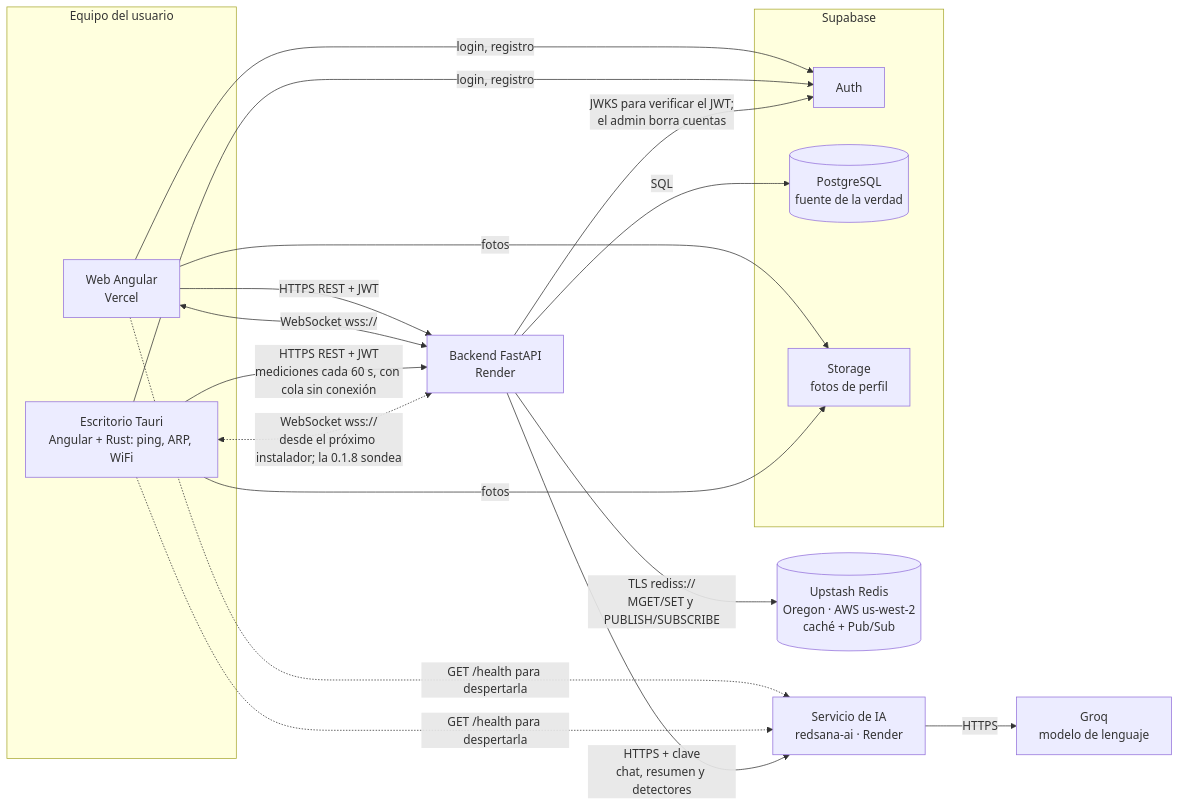
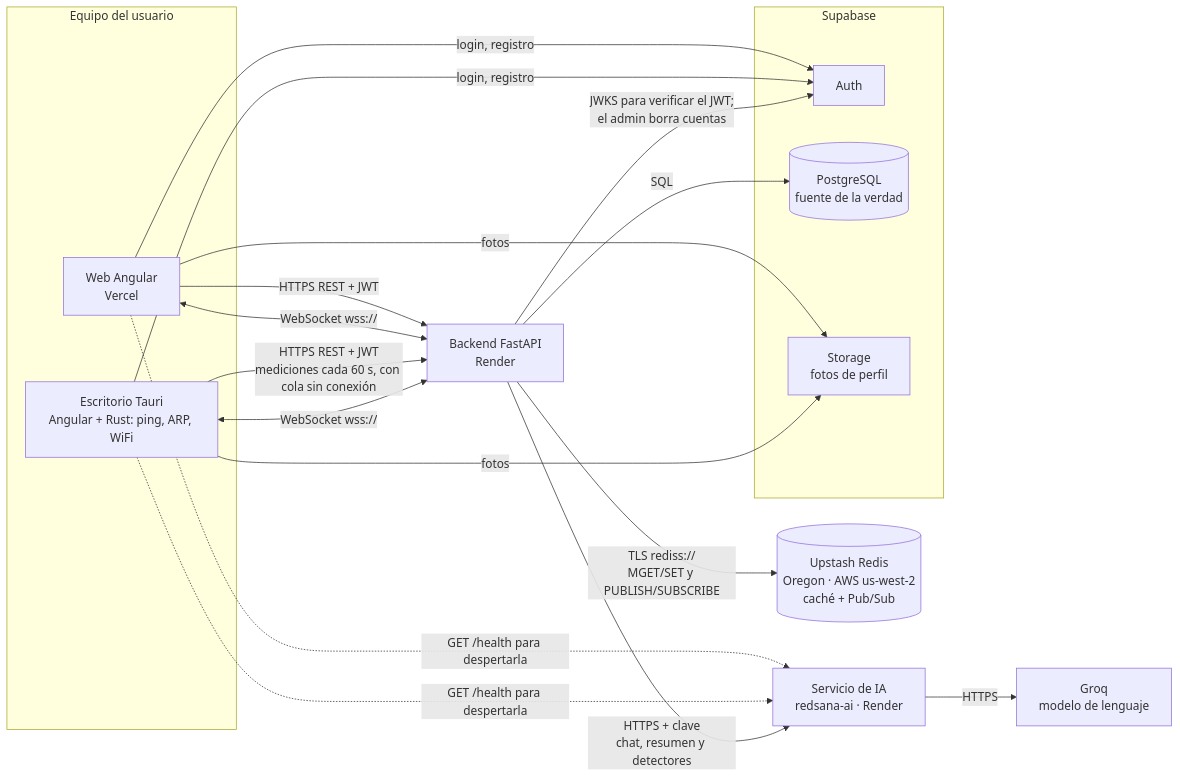
Before and after one commit to solartedaniers/redsana-frontend: the first of 2 diagrams in README.md, drawn with Mermaid. The commit also changed other lines of this file, not shown here.

Commit message:
Actualizo el README a la 0.2.1 como instalador oficial: nombre, SHA-256, socket y CSP del escritorio

````diff
--- a/README.md
+++ b/README.md
@@ -107,32 +107,32 @@
 ```mermaid
 flowchart LR
   subgraph PC["Equipo del usuario"]
     WEB["Web Angular<br/>Vercel"]
     DESK["Escritorio Tauri<br/>Angular + Rust: ping, ARP, WiFi"]
   end
   API["Backend FastAPI<br/>Render"]
   AI["Servicio de IA<br/>redsana-ai · Render"]
   REDIS[("Upstash Redis<br/>Oregon · AWS us-west-2<br/>caché + Pub/Sub")]
   subgraph SB["Supabase"]
     AUTH["Auth"]
     PG[("PostgreSQL<br/>fuente de la verdad")]
     ST["Storage<br/>fotos de perfil"]
   end
   GROQ["Groq<br/>modelo de lenguaje"]
 
   WEB -->|"HTTPS REST + JWT"| API
   WEB <-->|"WebSocket wss://"| API
   DESK -->|"HTTPS REST + JWT<br/>mediciones cada 60 s, con cola sin conexión"| API
-  DESK <-.->|"WebSocket wss://<br/>desde el próximo instalador; la 0.1.8 sondea"| API
+  DESK <-->|"WebSocket wss://"| API
   WEB -->|"login, registro"| AUTH
   DESK -->|"login, registro"| AUTH
   WEB -->|"fotos"| ST
   DESK -->|"fotos"| ST
   WEB -.->|"GET /health para despertarla"| AI
   DESK -.->|"GET /health para despertarla"| AI
   API -->|"SQL"| PG
   API -->|"JWKS para verificar el JWT;<br/>el admin borra cuentas"| AUTH
   API -->|"TLS rediss://<br/>MGET/SET y PUBLISH/SUBSCRIBE"| REDIS
   API -->|"HTTPS + clave<br/>chat, resumen y detectores"| AI
   AI -->|"HTTPS"| GROQ
 ```
````
